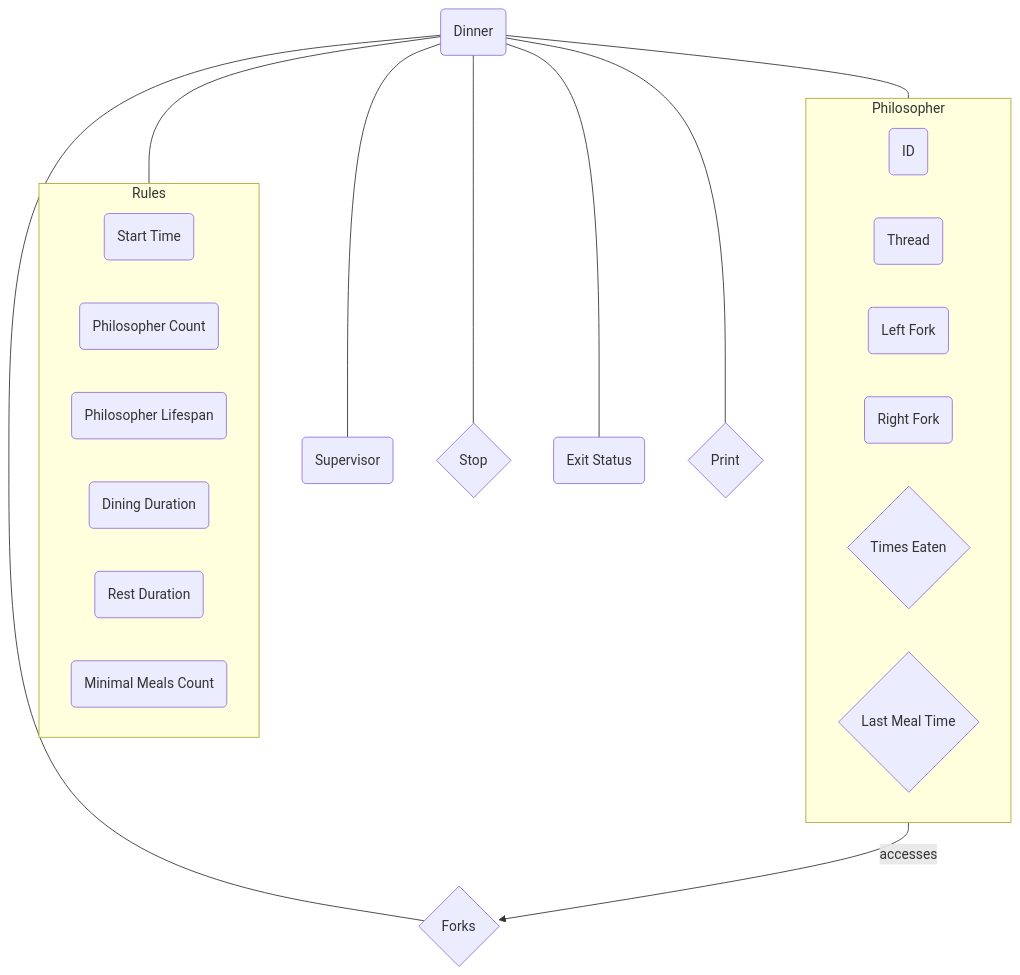
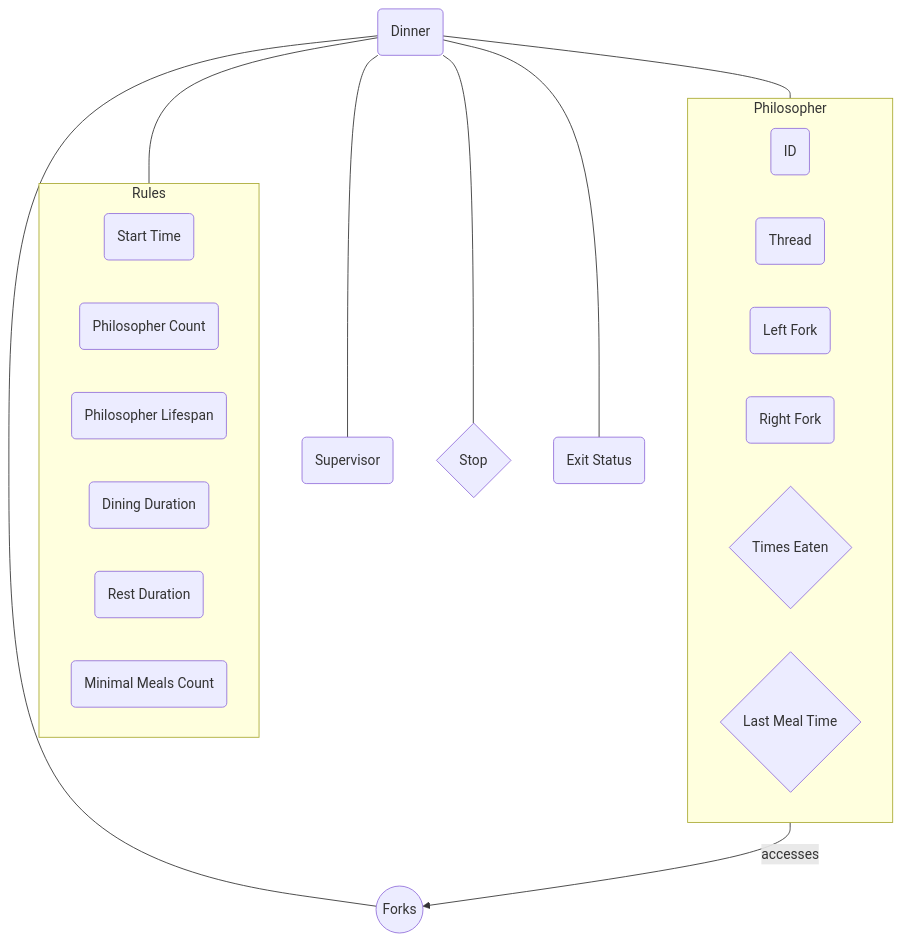
One commit to riceset/Philosophers changed the diagram in README.md. Above: the diagram before and after it, drawn with Mermaid. The commit also changed other lines of this file, not shown here.

````diff
--- a/README.md
+++ b/README.md
@@ -16,40 +18,38 @@
 ```mermaid
 flowchart TB
     A("Dinner")
-    B{"Forks"}
+    B(("Forks"))
     C("Supervisor")
     D{"Stop"}
     E("Exit Status")
-    F{"Print"}
 
     A --- B
     A --- C
     A --- D
     A --- E
-    A --- F
 
     subgraph Rules
 		R0("Start Time")
         R1("Philosopher Count")
         R2("Philosopher Lifespan")
         R3("Dining Duration")
         R4("Rest Duration")
         R5("Minimal Meals Count")
     end
 
     A --- Rules
 
     subgraph Philosopher
         D0("ID")
         D1("Thread")
         D2("Left Fork")
         D3("Right Fork")
         D4{"Times Eaten"}
         D5{"Last Meal Time"}
     end
 
     A --- Philosopher
 
     %% Clarifying relationships
     Philosopher -->|accesses| B
 ```
````
